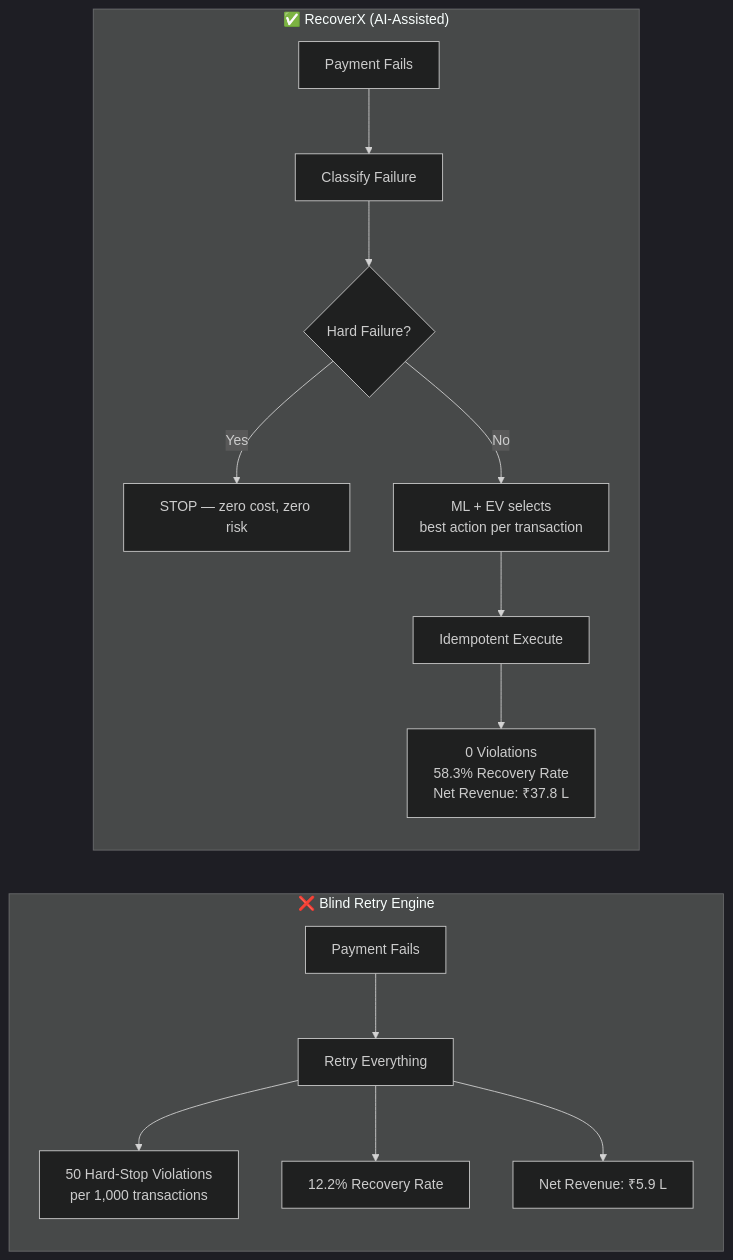
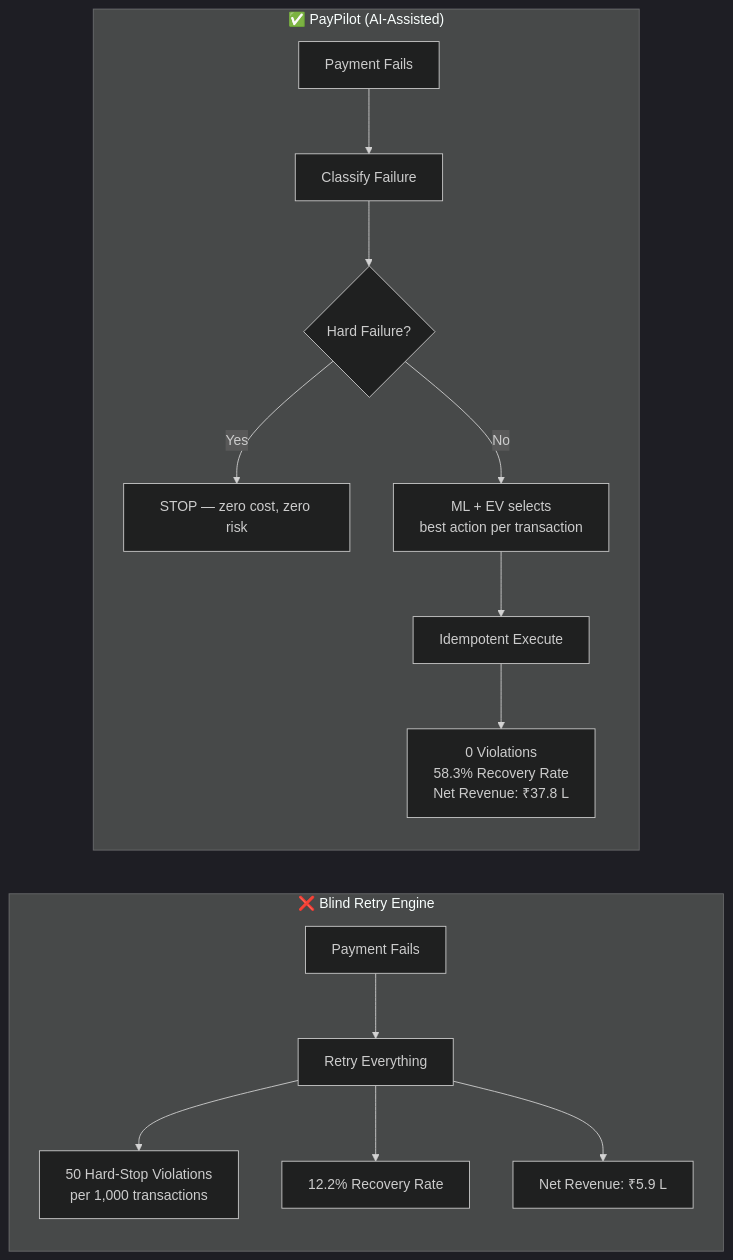
One commit to shiva-kumar-1319/PayPilot changed the second of 4 diagrams in README.md. Above: the diagram before and after it, drawn with Mermaid (dark theme). The commit also changed other lines of this file and 67 other files, not shown here.

Commit message:
Rename project from RecoverX to PayPilot across codebase and docs

````diff
--- a/README.md
+++ b/README.md
@@ -137,18 +137,18 @@
 ```mermaid
 flowchart LR
     subgraph OTHER["❌ Blind Retry Engine"]
         O1["Payment Fails"] --> O2["Retry Everything"]
         O2 --> O3["50 Hard-Stop Violations\nper 1,000 transactions"]
         O2 --> O4["12.2% Recovery Rate"]
         O2 --> O5["Net Revenue: ₹5.9 L"]
     end
 
-    subgraph RX["✅ RecoverX (AI-Assisted)"]
+    subgraph RX["✅ PayPilot (AI-Assisted)"]
         R1["Payment Fails"] --> R2["Classify Failure"]
         R2 --> R3{"Hard Failure?"}
         R3 -->|Yes| R4["STOP — zero cost, zero risk"]
         R3 -->|No| R5["ML + EV selects\nbest action per transaction"]
         R5 --> R6["Idempotent Execute"]
         R6 --> R7["0 Violations\n58.3% Recovery Rate\nNet Revenue: ₹37.8 L"]
     end
 ```
````
